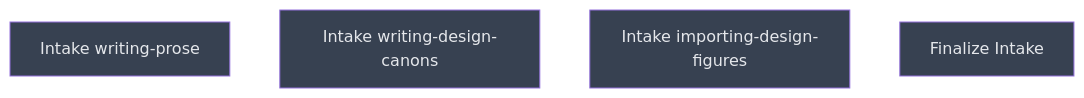
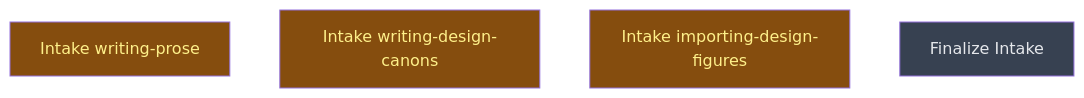
The diagram in __roadmap__/skills_intake_triplet/README.md (CrackingShells/cracking-shells-playbook), drawn with Mermaid before and after one commit. The commit also changed other lines of this file, not shown here.

Commit message:
chore(skills-intake): mark intake leaves in progress

````diff
--- a/__roadmap__/skills_intake_triplet/README.md
+++ b/__roadmap__/skills_intake_triplet/README.md
@@ -25,12 +25,12 @@
 ```mermaid
 graph TD
-    intake_writing_prose[Intake writing-prose]:::planned
-    intake_writing_design_canons[Intake writing-design-canons]:::planned
-    intake_importing_design_figures[Intake importing-design-figures]:::planned
+    intake_writing_prose[Intake writing-prose]:::inprogress
+    intake_writing_design_canons[Intake writing-design-canons]:::inprogress
+    intake_importing_design_figures[Intake importing-design-figures]:::inprogress
     finalize[Finalize Intake]:::planned
     classDef done       fill:#166534,color:#bbf7d0
     classDef inprogress fill:#854d0e,color:#fef08a
     classDef planned    fill:#374151,color:#e5e7eb
     classDef amendment  fill:#1e3a5f,color:#bfdbfe
     classDef blocked    fill:#7f1d1d,color:#fecaca
 ```
````
